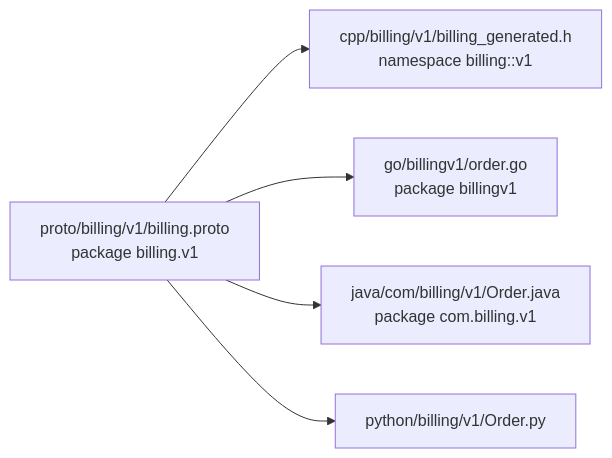
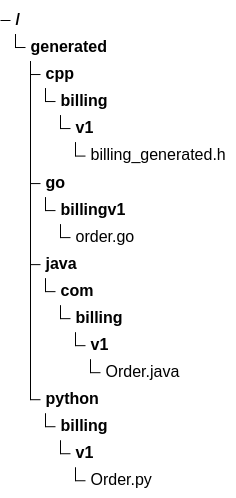
One commit to the-protobuf-project/buffers changed the fourth of 7 diagrams in README.md. Above: the diagram before and after it, drawn with Mermaid. The commit also changed other lines of this file, not shown here.

Commit message:
Update README.md: enhance documentation with radar and tree view diagrams for target reach and generated output structure

````diff
--- a/README.md
+++ b/README.md
@@ -315,8 +337,20 @@
 ```mermaid
-flowchart LR
-    S["proto/billing/v1/billing.proto<br/>package billing.v1"]
-    S --> C["cpp/billing/v1/billing_generated.h<br/>namespace billing::v1"]
-    S --> G["go/billingv1/order.go<br/>package billingv1"]
-    S --> J["java/com/billing/v1/Order.java<br/>package com.billing.v1"]
-    S --> Y["python/billing/v1/Order.py"]
+treeView-beta
+    generated/
+        cpp/
+            billing/
+                v1/
+                    billing_generated.h
+        go/
+            billingv1/
+                order.go
+        java/
+            com/
+                billing/
+                    v1/
+                        Order.java
+        python/
+            billing/
+                v1/
+                    Order.py
 ```
````
